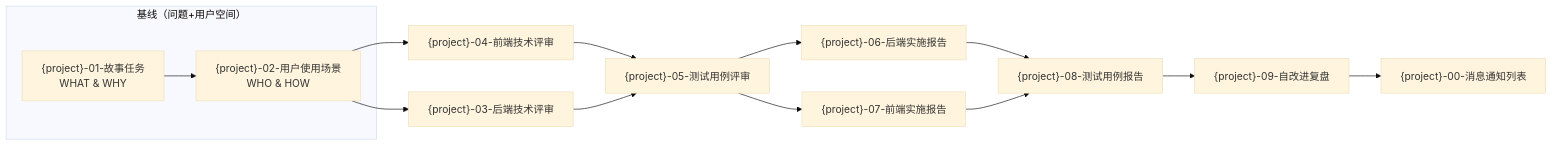
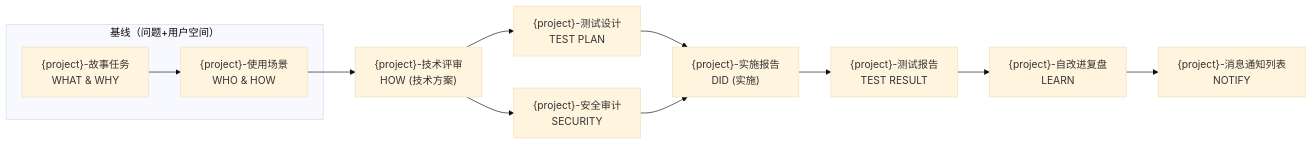
Before and after one commit to effiy/YrY: the second of 14 diagrams in skills/rui/formulas.md, drawn with Mermaid (base theme). The commit also changed other lines of this file and 90 other files, not shown here.

````diff
--- a/skills/rui/formulas.md
+++ b/skills/rui/formulas.md
@@ -65,18 +64,16 @@
 ```mermaid
 flowchart LR
     subgraph 基线["基线（问题+用户空间）"]
-        01["{project}-01-故事任务<br/>WHAT & WHY"]
-        02["{project}-02-用户使用场景<br/>WHO & HOW"]
+        01["{project}-故事任务<br/>WHAT & WHY"]
+        02["{project}-使用场景<br/>WHO & HOW"]
     end
     01 --> 02
-    02 --> 03["{project}-03-后端技术评审"]
-    02 --> 04["{project}-04-前端技术评审"]
-    04 --> 05["{project}-05-测试用例评审"]
-    03 --> 05
-    05 --> 06["{project}-06-后端实施报告"]
-    05 --> 07["{project}-07-前端实施报告"]
-    06 --> 08["{project}-08-测试用例报告"]
-    07 --> 08
-    08 --> 09["{project}-09-自改进复盘"]
-    09 --> 00["{project}-00-消息通知列表"]
+    02 --> 03["{project}-技术评审<br/>HOW (技术方案)"]
+    03 --> 04["{project}-测试设计<br/>TEST PLAN"]
+    03 --> 05["{project}-安全审计<br/>SECURITY"]
+    04 --> 06["{project}-实施报告<br/>DID (实施)"]
+    05 --> 06
+    06 --> 07["{project}-测试报告<br/>TEST RESULT"]
+    07 --> 08["{project}-自改进复盘<br/>LEARN"]
+    08 --> 00["{project}-消息通知列表<br/>NOTIFY"]
 ```
````
